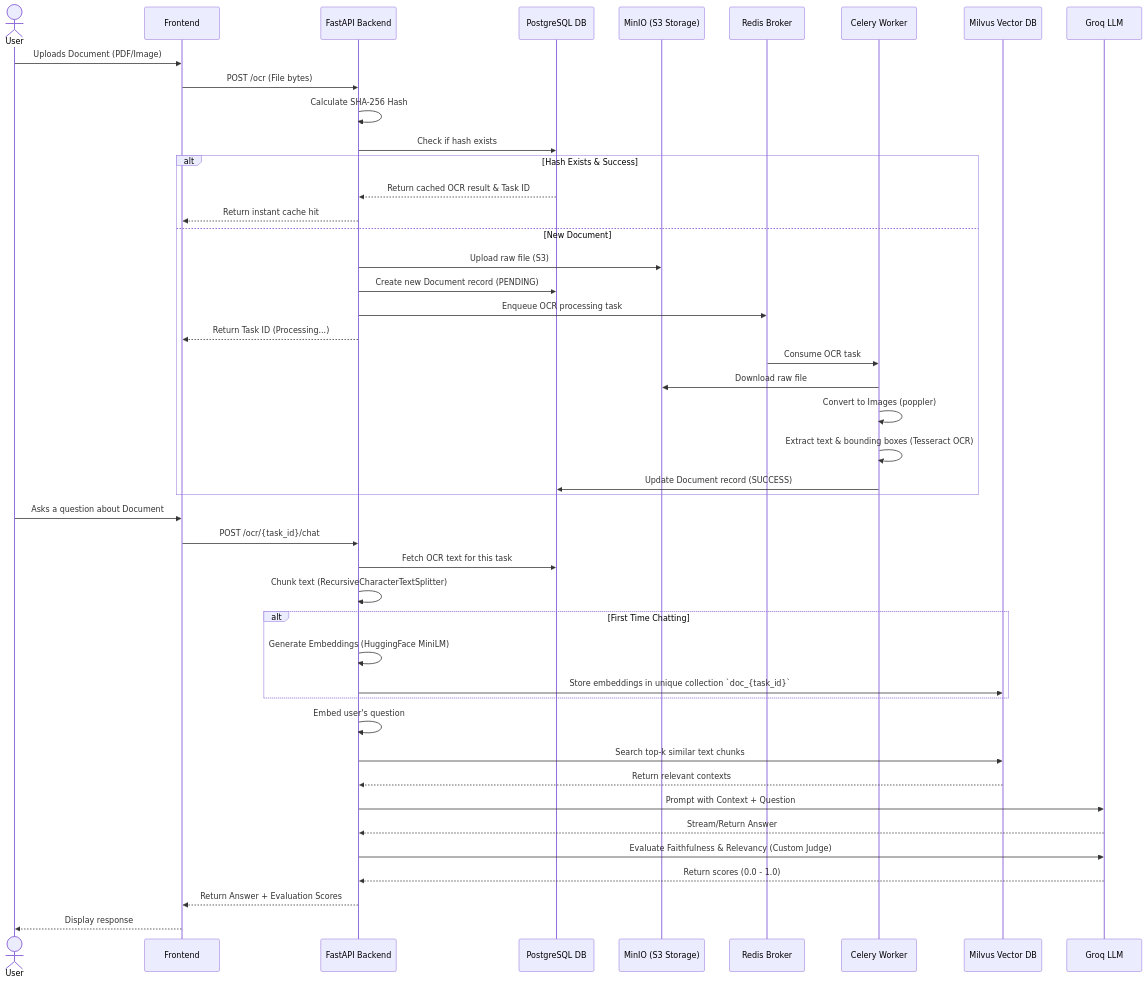
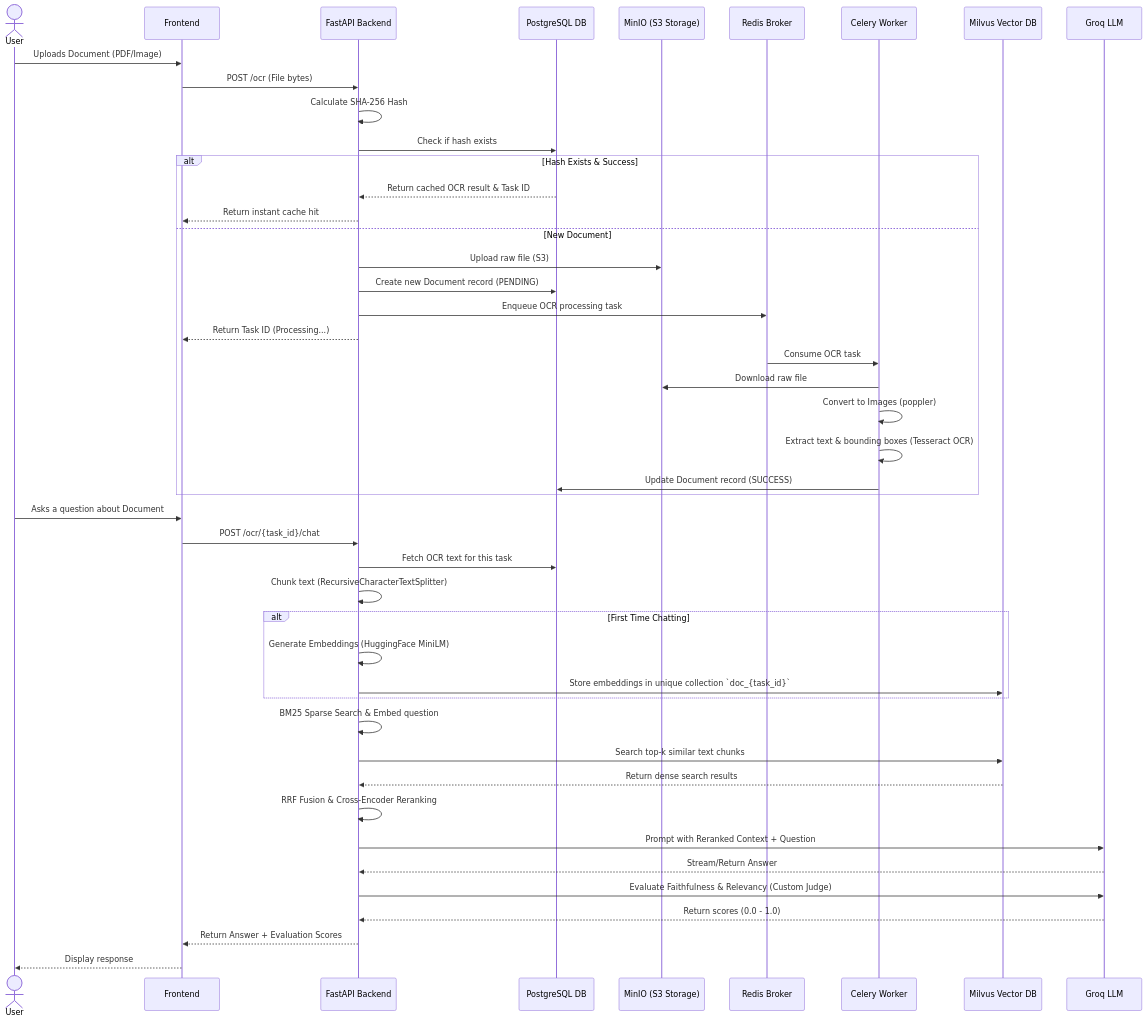
One commit to Pradeep3072/OCR-Pipeline-New-workflow changed the diagram in README.md. Above: the diagram before and after it, drawn with Mermaid. The commit also changed other lines of this file, not shown here.

Commit message:
Docs: Update README with Hybrid Search and Reranking details

````diff
--- a/README.md
+++ b/README.md
@@ -11,59 +11,60 @@
 ```mermaid
 sequenceDiagram
     actor User
     participant Frontend
     participant API as FastAPI Backend
     participant Postgres as PostgreSQL DB
     participant MinIO as MinIO (S3 Storage)
     participant Redis as Redis Broker
     participant Worker as Celery Worker
     participant Milvus as Milvus Vector DB
     participant LLM as Groq LLM
 
     %% Document Upload Phase
     User->>Frontend: Uploads Document (PDF/Image)
     Frontend->>API: POST /ocr (File bytes)
     API->>API: Calculate SHA-256 Hash
     API->>Postgres: Check if hash exists
     alt Hash Exists & Success
         Postgres-->>API: Return cached OCR result & Task ID
         API-->>Frontend: Return instant cache hit
     else New Document
         API->>MinIO: Upload raw file (S3)
         API->>Postgres: Create new Document record (PENDING)
         API->>Redis: Enqueue OCR processing task
         API-->>Frontend: Return Task ID (Processing...)
         
         %% Background Processing Phase
         Redis->>Worker: Consume OCR task
         Worker->>MinIO: Download raw file
         Worker->>Worker: Convert to Images (poppler)
         Worker->>Worker: Extract text & bounding boxes (Tesseract OCR)
         Worker->>Postgres: Update Document record (SUCCESS)
     end
 
     %% Chat Phase
     User->>Frontend: Asks a question about Document
     Frontend->>API: POST /ocr/{task_id}/chat
     API->>Postgres: Fetch OCR text for this task
     API->>API: Chunk text (RecursiveCharacterTextSplitter)
     
     %% Embedding Phase
     alt First Time Chatting
         API->>API: Generate Embeddings (HuggingFace MiniLM)
         API->>Milvus: Store embeddings in unique collection `doc_{task_id}`
     end
     
     %% RAG Retrieval & Generation
-    API->>API: Embed user's question
+    API->>API: BM25 Sparse Search & Embed question
     API->>Milvus: Search top-k similar text chunks
-    Milvus-->>API: Return relevant contexts
-    API->>LLM: Prompt with Context + Question
+    Milvus-->>API: Return dense search results
+    API->>API: RRF Fusion & Cross-Encoder Reranking
+    API->>LLM: Prompt with Reranked Context + Question
     LLM-->>API: Stream/Return Answer
     
     %% Evaluation Phase
     API->>LLM: Evaluate Faithfulness & Relevancy (Custom Judge)
     LLM-->>API: Return scores (0.0 - 1.0)
     API-->>Frontend: Return Answer + Evaluation Scores
     Frontend-->>User: Display response
 ```
````
